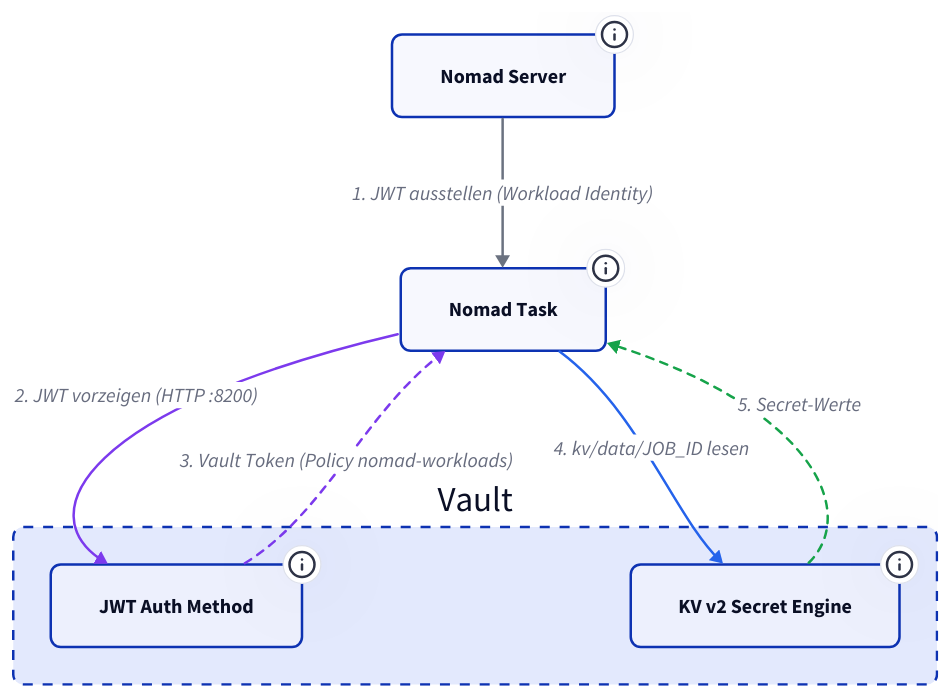
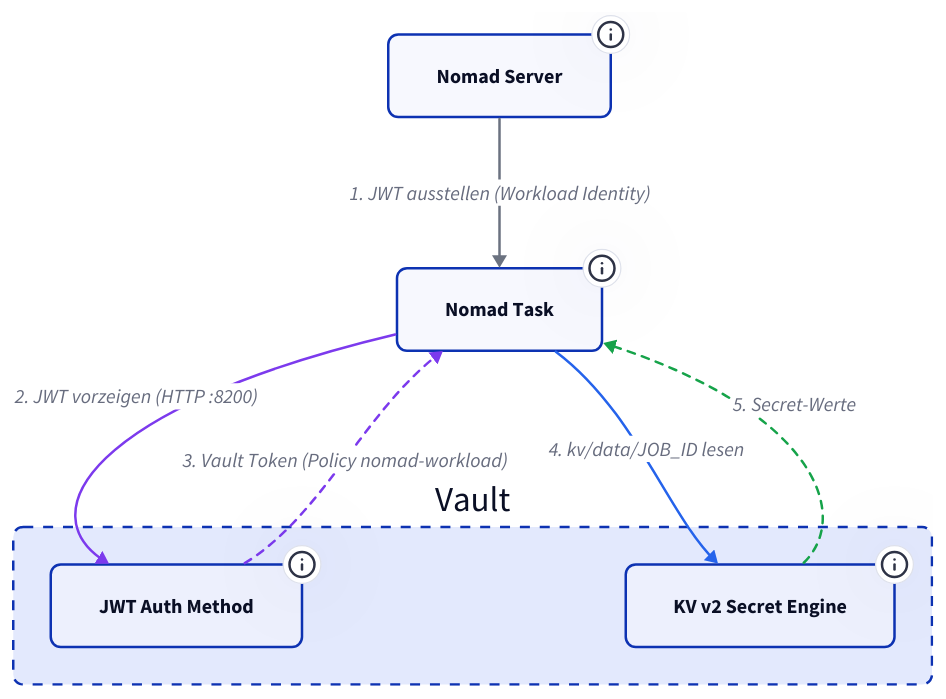
Before and after one commit to derever-labs/homelab-wiki: the second of 2 diagrams in docs/plattform/vault/index.md, drawn with D2. The commit also changed other lines of this file and 2 other files, not shown here.

First paragraph of the commit message:
docs: Nachbefunde aus Big-Picture-Welle korrigieren (#119)
Drei belegte Doku-Drifts aus der Big-Picture-Welle (ClickUp 86carpf04).
Jeder Fix wurde vor der Aenderung am Beleg in der Infra-Repo
verifiziert.

````diff
--- a/docs/plattform/vault/index.md
+++ b/docs/plattform/vault/index.md
@@ -110,50 +110,50 @@
 ```d2
 classes: {
   node: { style: { border-radius: 8 } }
   container: { style: { border-radius: 8; stroke-dash: 4 } }
 }
 
 Nomad: Nomad Server {
   class: node
   tooltip: "Stellt beim Task-Start automatisch ein signiertes JWT aus (Workload Identity)"
 }
 
 Task: Nomad Task {
   class: node
-  tooltip: "Container mit vault-Stanza und identity-Block (env = true, file = true)"
+  tooltip: "Container mit vault-Stanza (role nomad-workloads) -- Workload Identity kommt aus der default_identity der Nomad-Config"
 }
 
 vault: Vault {
   class: container
 
   auth: JWT Auth Method {
     class: node
     tooltip: "Validiert die JWT-Signatur gegen Nomads JWKS-Endpoint"
   }
   kv: KV v2 Secret Engine {
     class: node
-    tooltip: "Pfad-Konvention: kv/data/JOB_ID -- Policy nomad-workloads beschränkt Zugriff auf eigenen Pfad"
+    tooltip: "Pfad-Konvention: kv/data/JOB_ID -- Policy nomad-workload beschränkt Zugriff auf eigenen Pfad"
   }
 }
 
 Nomad -> Task: 1. JWT ausstellen (Workload Identity) {
   style.stroke: "#6b7280"
 }
 Task -> vault.auth: 2. JWT vorzeigen (HTTP :8200) {
   style.stroke: "#7c3aed"
   tooltip: "Task authentifiziert sich mit dem JWT -- kein statischer Token nötig"
 }
-vault.auth -> Task: 3. Vault Token (Policy nomad-workloads) {
+vault.auth -> Task: 3. Vault Token (Policy nomad-workload) {
   style.stroke: "#7c3aed"
   style.stroke-dash: 3
   tooltip: "Vault prüft JWT-Signatur via Nomad JWKS, dann Token mit eingeschränkter Policy"
 }
 Task -> vault.kv: 4. kv/data/JOB_ID lesen {
   style.stroke: "#2563eb"
   tooltip: "Task liest nur Secrets unter seinem eigenen Job-Pfad"
 }
 vault.kv -> Task: 5. Secret-Werte {
   style.stroke: "#16a34a"
   style.stroke-dash: 3
 }
 ```
````
